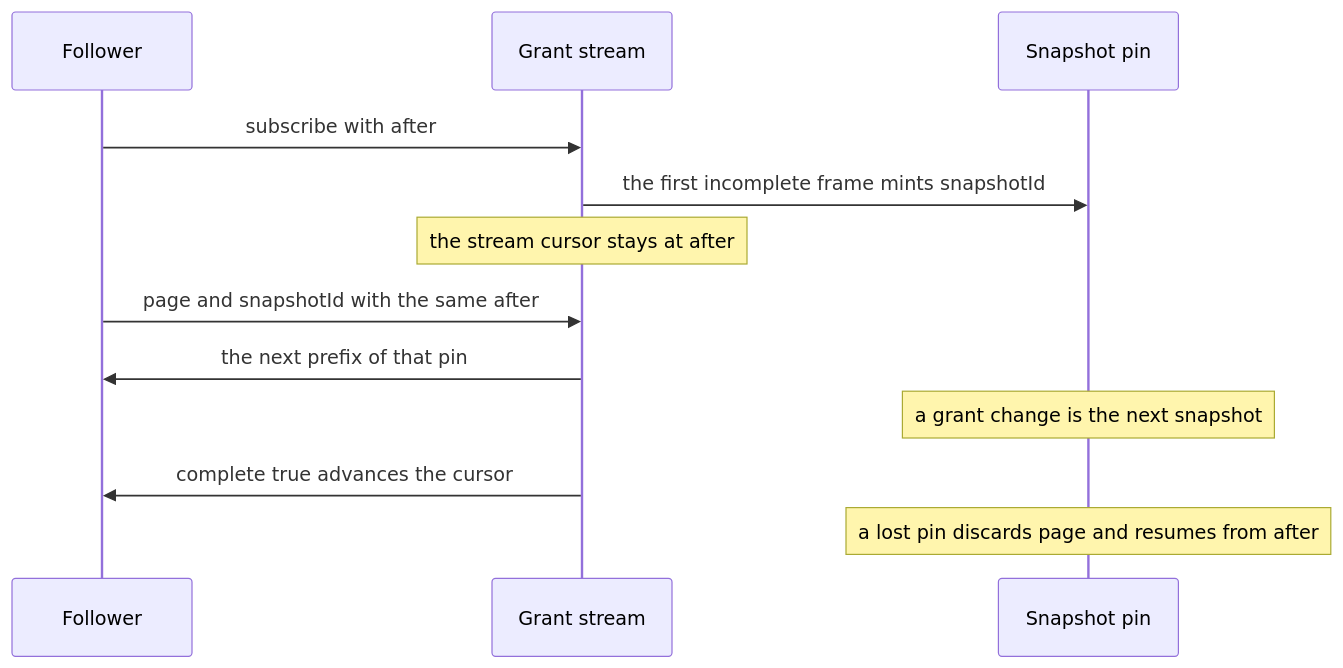
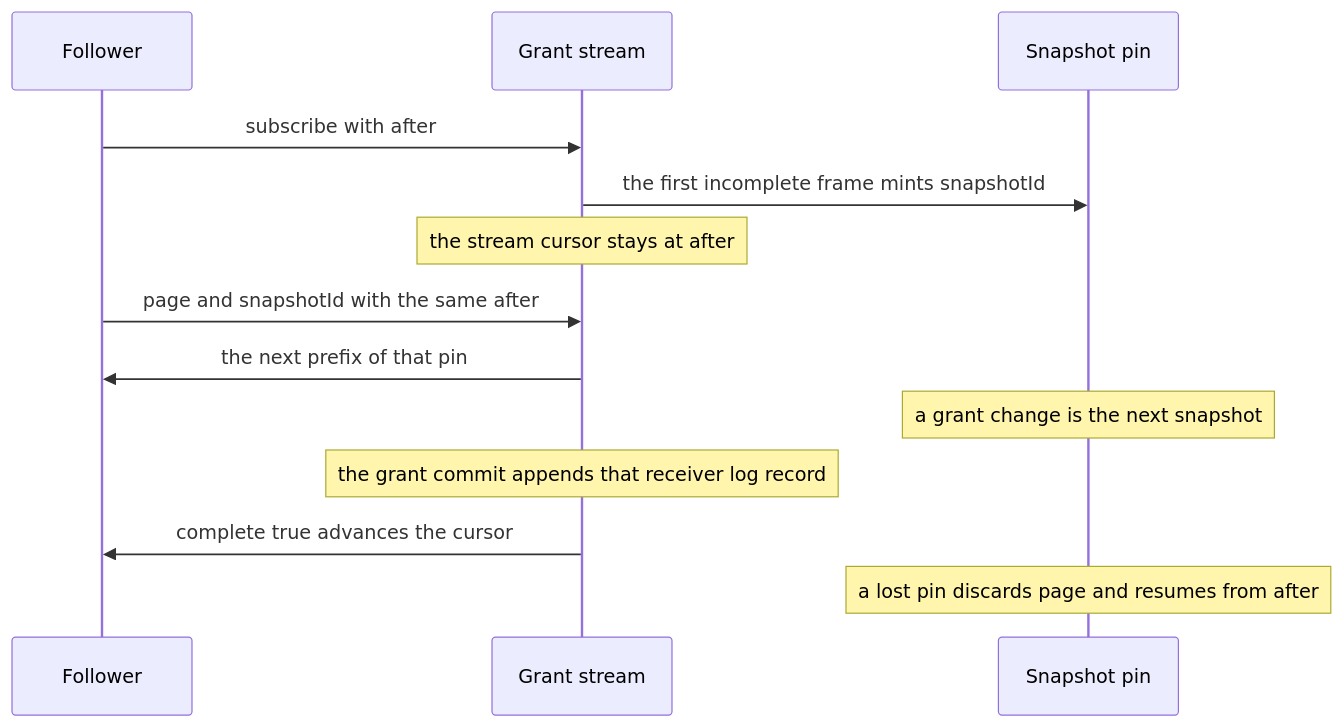
The sixth of 7 diagrams in docs/design/access-grants.md (nessalabs/nessa-agent), drawn with Mermaid before and after one commit. The commit also changed other lines of this file, not shown here.

First line of the commit message:
Commit the grant log and the webhook outcome with the change

````diff
--- a/docs/design/access-grants.md
+++ b/docs/design/access-grants.md
@@ -1068,14 +1092,15 @@
 ```mermaid
 sequenceDiagram
   participant Follower
   participant Stream as Grant stream
   participant Pin as Snapshot pin
   Follower->>Stream: subscribe with after
   Stream->>Pin: the first incomplete frame mints snapshotId
   Note over Stream: the stream cursor stays at after
   Follower->>Stream: page and snapshotId with the same after
   Stream->>Follower: the next prefix of that pin
   Note over Pin: a grant change is the next snapshot
+  Note over Stream: the grant commit appends that receiver log record
   Stream->>Follower: complete true advances the cursor
   Note over Pin: a lost pin discards page and resumes from after
 ```
````
